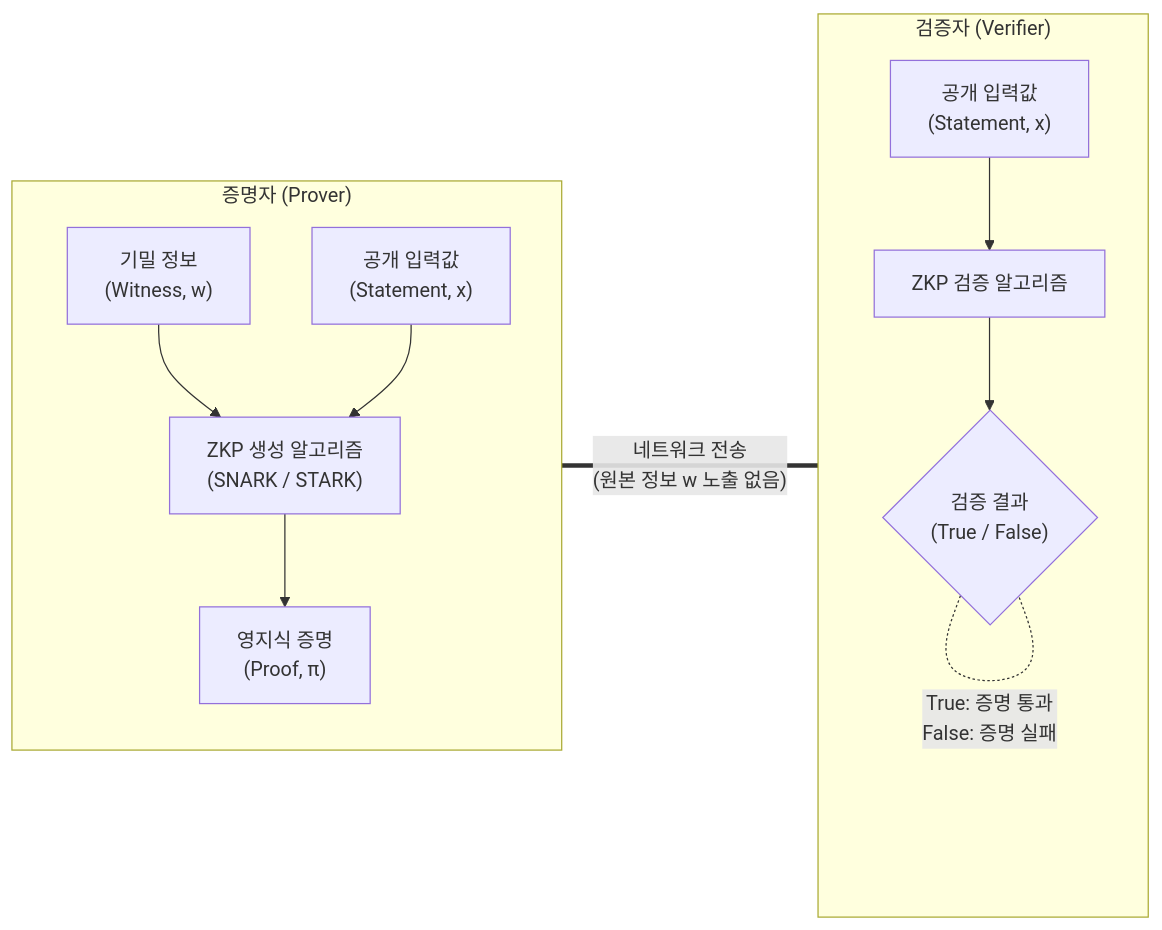
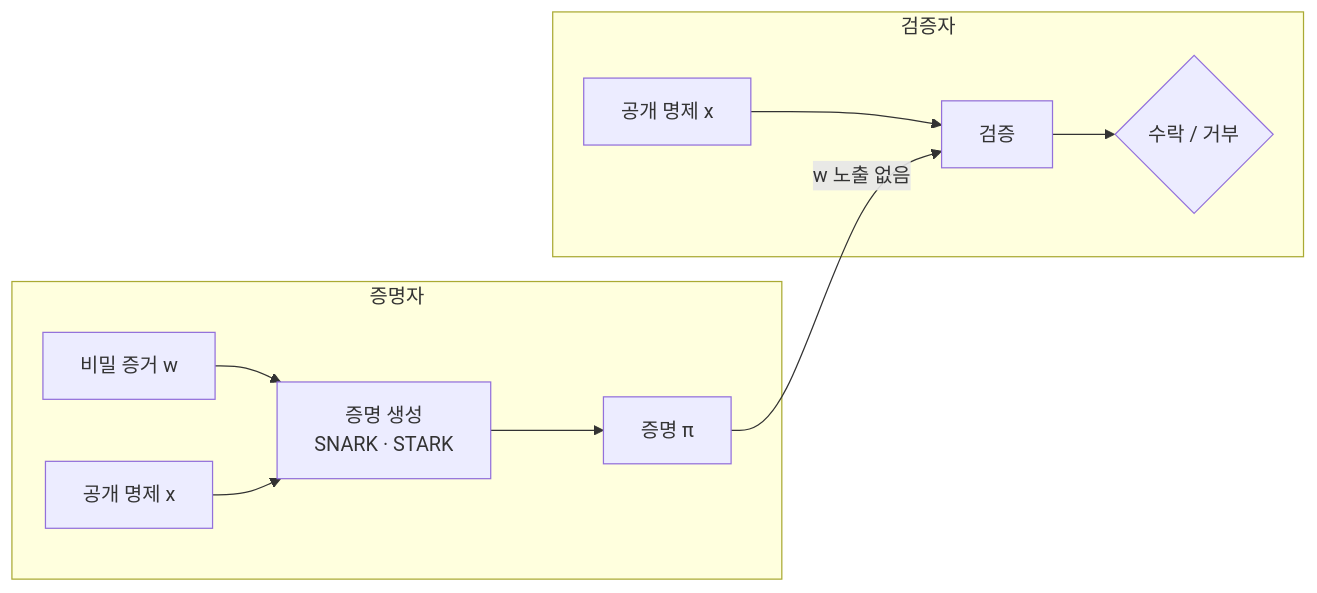
Before and after one commit to supremethumb/supremethumb.github.io: the diagram in content/01_IT Tech/영지식증명.md, drawn with Mermaid. The commit also changed other lines of this file and 1087 other files, not shown here.

````diff
--- a/content/01_IT Tech/영지식증명.md
+++ b/content/01_IT Tech/영지식증명.md
@@ -30,29 +35,13 @@
 ```mermaid
 flowchart LR
-    subgraph Prover_Env ["증명자 (Prover)"]
-        direction TB
-        Secret["기밀 정보<br/>(Witness, w)"]
-        Public1["공개 입력값<br/>(Statement, x)"]
-        ZkAlgorithm["ZKP 생성 알고리즘<br/>(SNARK / STARK)"]
-        
-        Secret --> ZkAlgorithm
-        Public1 --> ZkAlgorithm
-        ZkAlgorithm --> Proof["영지식 증명<br/>(Proof, π)"]
+    subgraph P["증명자"]
+        W["비밀 증거 w"] --> G["증명 생성<br/>SNARK · STARK"]
+        X1["공개 명제 x"] --> G
+        G --> PI["증명 π"]
     end
-
-    subgraph Verifier_Env ["검증자 (Verifier)"]
-        direction TB
-        Public2["공개 입력값<br/>(Statement, x)"]
-        VerifyAlgo["ZKP 검증 알고리즘"]
-        
-        Public2 --> VerifyAlgo
-        Result{"검증 결과<br/>(True / False)"}
-        VerifyAlgo --> Result
+    subgraph V["검증자"]
+        X2["공개 명제 x"] --> VF["검증"]
+        VF --> R{"수락 / 거부"}
     end
-
-    Proof ===|"네트워크 전송<br/>(원본 정보 w 노출 없음)"| VerifyAlgo
-    
-    %% Note
-    Result -. "True: 증명 통과<br/>False: 증명 실패" .- Result
-
+    PI -->|"w 노출 없음"| VF
 ```
````
